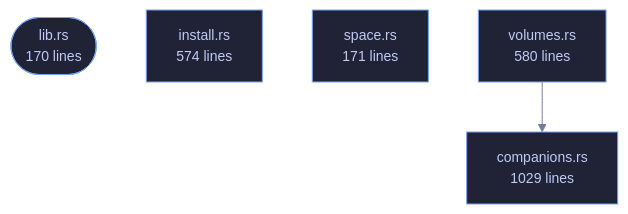
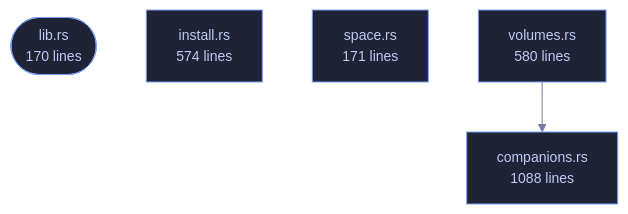
Before and after one commit to tilas01/veilvoice: the diagram in crates/veilvoice-setup/README.md, drawn with Mermaid. The commit also changed other lines of this file and 20 other files, not shown here.

````diff
--- a/crates/veilvoice-setup/README.md
+++ b/crates/veilvoice-setup/README.md
@@ -103,15 +103,15 @@
 ```mermaid
 %%{init: {"theme":"base","themeVariables":{"background":"#1a1b26","primaryColor":"#1f2335","primaryTextColor":"#c0caf5","primaryBorderColor":"#7aa2f7","secondaryColor":"#16161e","tertiaryColor":"#16161e","lineColor":"#737aa2","textColor":"#c0caf5","mainBkg":"#1f2335","nodeBorder":"#7aa2f7","clusterBkg":"#16161e","clusterBorder":"#2f3549","fontFamily":"ui-monospace, SFMono-Regular, Consolas, monospace","fontSize":"14px"}}}%%
 flowchart TD
     n_lib(["lib.rs<br/>170 lines"])
-    n_companions["companions.rs<br/>1029 lines"]
+    n_companions["companions.rs<br/>1088 lines"]
     n_install["install.rs<br/>574 lines"]
     n_space["space.rs<br/>171 lines"]
     n_volumes["volumes.rs<br/>580 lines"]
     n_volumes --> n_companions
     click n_lib href "https://github.com/tilas01/veilvoice/blob/main/crates/veilvoice-setup/src/lib.rs" "open the source"
     click n_companions href "https://github.com/tilas01/veilvoice/blob/main/crates/veilvoice-setup/src/companions.rs" "open the source"
     click n_install href "https://github.com/tilas01/veilvoice/blob/main/crates/veilvoice-setup/src/install.rs" "open the source"
     click n_space href "https://github.com/tilas01/veilvoice/blob/main/crates/veilvoice-setup/src/space.rs" "open the source"
     click n_volumes href "https://github.com/tilas01/veilvoice/blob/main/crates/veilvoice-setup/src/volumes.rs" "open the source"
 ```
````
